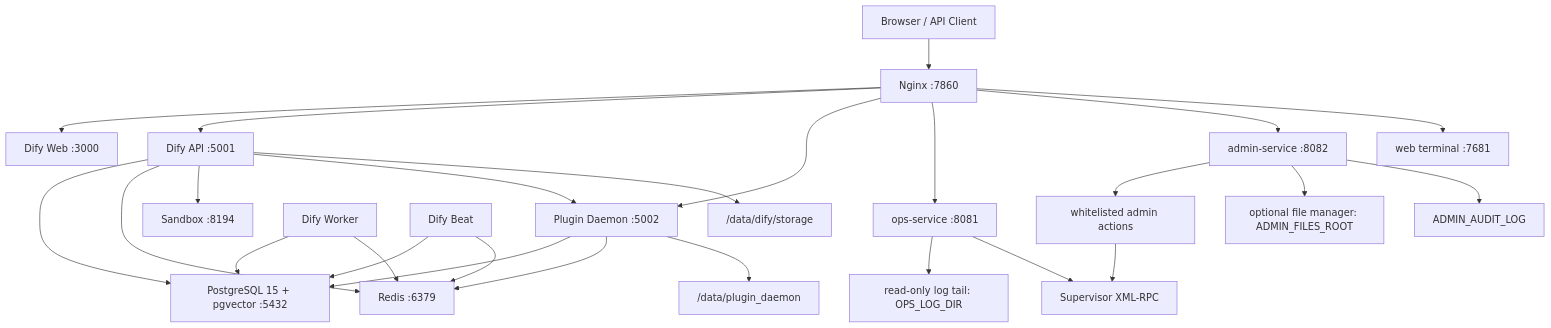
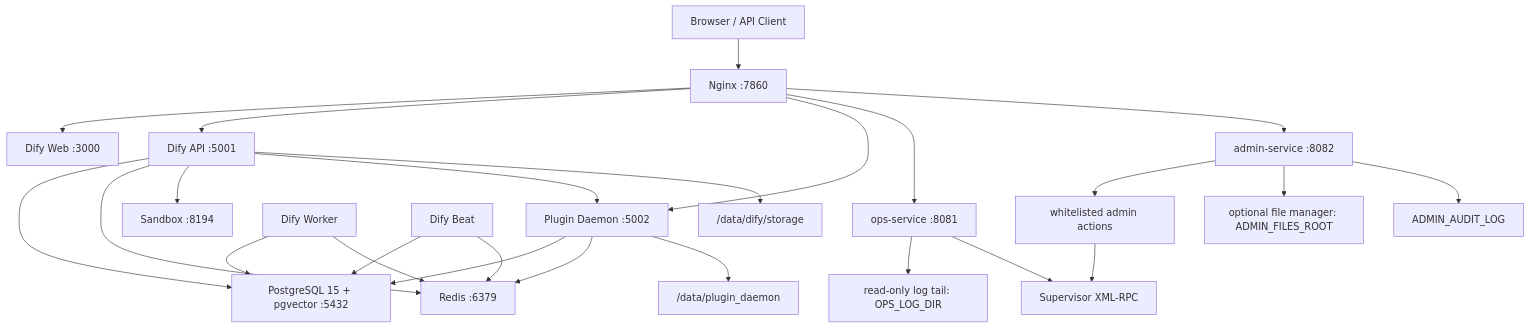
Before and after one commit to BlueSkyXN/Dify-all-in-one-HFS: the first of 3 diagrams in docs/architecture.md, drawn with Mermaid. The commit also changed other lines of this file and 27 other files, not shown here.

````diff
--- a/docs/architecture.md
+++ b/docs/architecture.md
@@ -17,28 +17,27 @@
 ```mermaid
 flowchart TD
     user["Browser / API Client"] --> nginx["Nginx :7860"]
     nginx --> web["Dify Web :3000"]
     nginx --> api["Dify API :5001"]
     nginx --> plugin["Plugin Daemon :5002"]
     nginx --> ops["ops-service :8081"]
     nginx --> admin["admin-service :8082"]
-    nginx --> terminal["web terminal :7681"]
     api --> postgres["PostgreSQL 15 + pgvector :5432"]
     api --> redis["Redis :6379"]
     api --> sandbox["Sandbox :8194"]
     api --> plugin
     worker["Dify Worker"] --> postgres
     worker --> redis
     beat["Dify Beat"] --> postgres
     beat --> redis
     plugin --> postgres
     plugin --> redis
     plugin --> data_plugin["/data/plugin_daemon"]
     api --> data_storage["/data/dify/storage"]
     ops --> logs["read-only log tail: OPS_LOG_DIR"]
     ops --> supervisor["Supervisor XML-RPC"]
     admin --> admin_actions["whitelisted admin actions"]
     admin --> admin_files["optional file manager: ADMIN_FILES_ROOT"]
     admin --> admin_audit["ADMIN_AUDIT_LOG"]
     admin_actions --> supervisor
 ```
````
